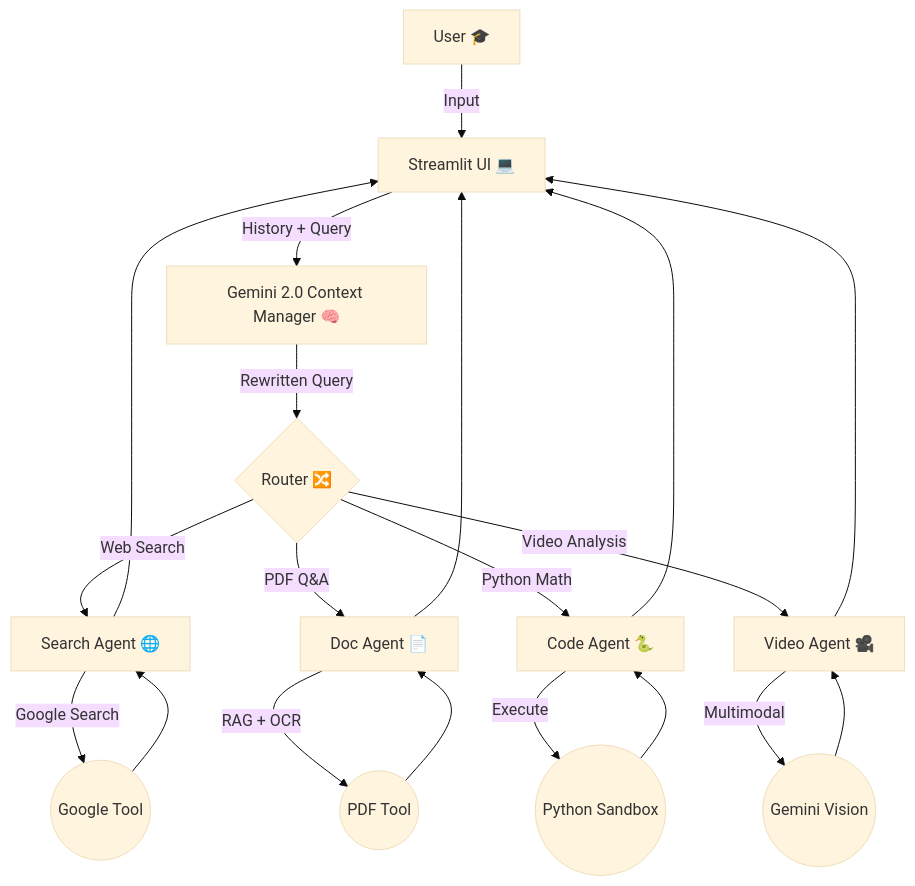
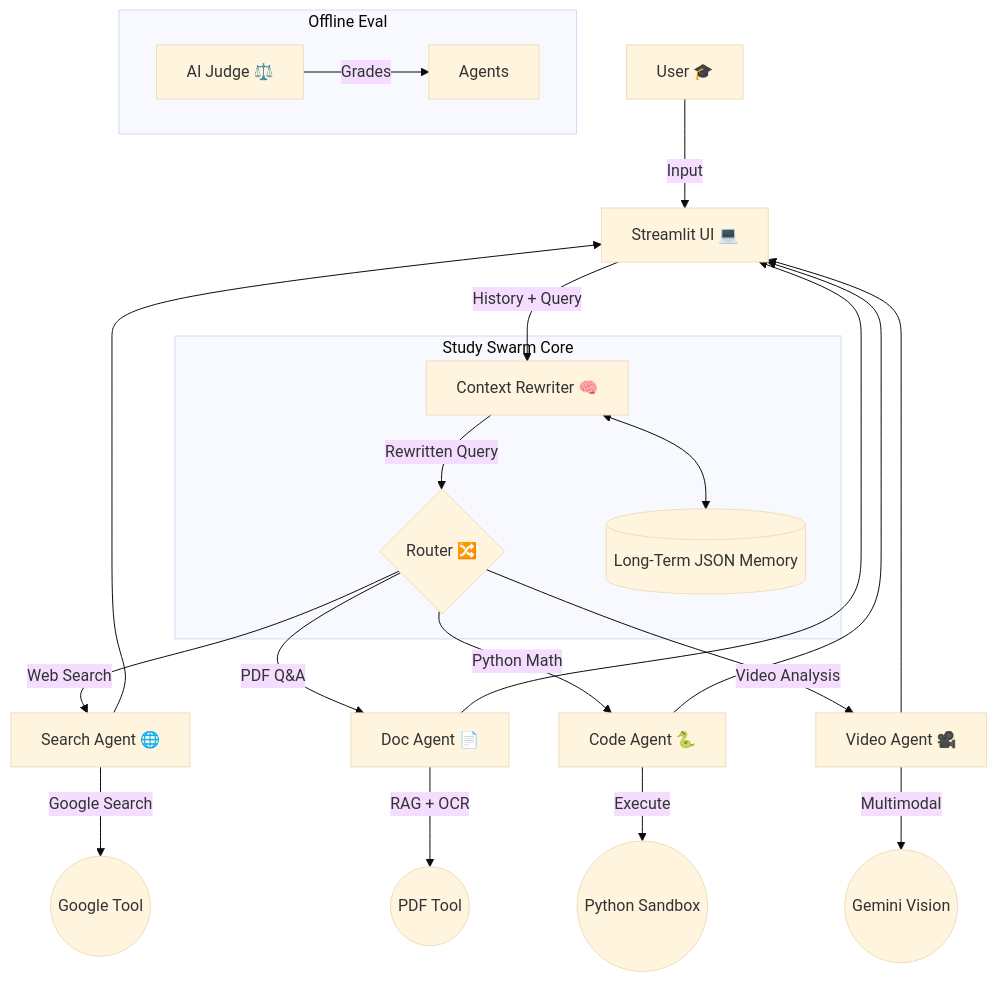
Before and after one commit to simonMakumi/kaggle-agent-study-swarm: the diagram in README.md, drawn with Mermaid (base theme). The commit also changed other lines of this file, not shown here.

Commit message:
docs: add system architecture diagram and evaluation guide

````diff
--- a/README.md
+++ b/README.md
@@ -29,26 +29,32 @@
 ```mermaid
 graph TD
     User[User 🎓] -->|Input| UI[Streamlit UI 💻]
-    UI -->|History + Query| Brain[Gemini 2.0 Context Manager 🧠]
-    Brain -->|Rewritten Query| Router{Router 🔀}
+    UI -->|History + Query| Context[Context Rewriter 🧠]
+    Context -->|Rewritten Query| Router{Router 🔀}
+    
+    subgraph Brain [Study Swarm Core]
+        Context
+        Router
+        Memory[(Long-Term JSON Memory)]
+        Context <--> Memory
+    end
+    
+    subgraph Quality Control [Offline Eval]
+        Judge[AI Judge ⚖️] -->|Grades| Agents
+    end
     
     Router -->|Web Search| Search[Search Agent 🌐]
     Router -->|PDF Q&A| Doc[Doc Agent 📄]
     Router -->|Python Math| Code[Code Agent 🐍]
     Router -->|Video Analysis| Video[Video Agent 🎥]
     
     Search -->|Google Search| Tool1((Google Tool))
     Doc -->|RAG + OCR| Tool2((PDF Tool))
     Code -->|Execute| Tool3((Python Sandbox))
     Video -->|Multimodal| Tool4((Gemini Vision))
     
-    Tool1 --> Search
-    Tool2 --> Doc
-    Tool3 --> Code
-    Tool4 --> Video
-    
     Search --> UI
     Doc --> UI
     Code --> UI
     Video --> UI
 ```
````
